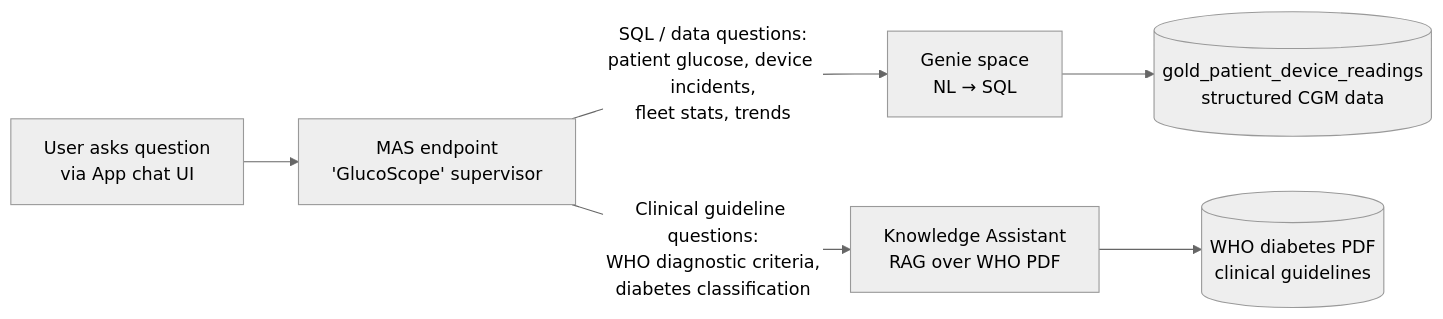
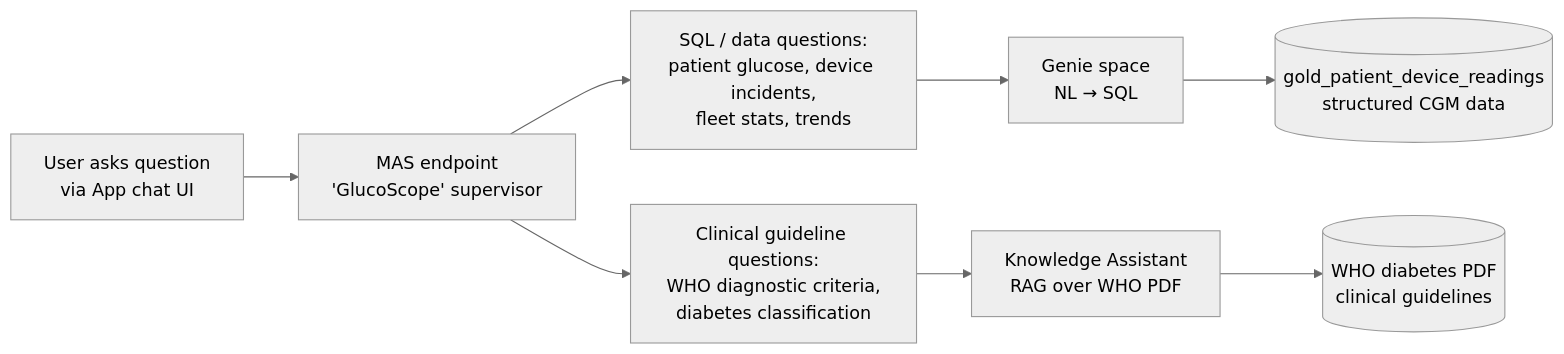
One commit to databricks-industry-solutions/glucosphere changed the diagram in App/README.md. Above: the diagram before and after it, drawn with Mermaid.

Commit message:
docs(App/README): convert MAS routing-condition edge labels to nodes
Mermaid edge labels with floating text were hard to read against the
neutral-theme background. Restructured the routing-condition text into
intermediate nodes (R1 SQL/data questions, R2 Clinical guideline
questions) so they render as bordered boxes in every theme/host.

Diagram now: U → M → R1 → G → DB ; M → R2 → K → PDF.

````diff
--- a/App/README.md
+++ b/App/README.md
@@ -33,16 +33,20 @@
 ```mermaid
 %%{init: {'theme': 'neutral'}}%%
 flowchart LR
     U[User asks question<br/>via App chat UI]
     M[MAS endpoint<br/>'GlucoScope' supervisor]
+    R1[SQL / data questions:<br/>patient glucose, device incidents,<br/>fleet stats, trends]
+    R2[Clinical guideline questions:<br/>WHO diagnostic criteria,<br/>diabetes classification]
     G[Genie space<br/>NL → SQL]
     K[Knowledge Assistant<br/>RAG over WHO PDF]
     DB[(gold_patient_device_readings<br/>structured CGM data)]
     PDF[(WHO diabetes PDF<br/>clinical guidelines)]
 
     U --> M
-    M -- "SQL / data questions:<br/>patient glucose, device incidents,<br/>fleet stats, trends" --> G
-    M -- "Clinical guideline questions:<br/>WHO diagnostic criteria,<br/>diabetes classification" --> K
+    M --> R1
+    M --> R2
+    R1 --> G
+    R2 --> K
     G --> DB
     K --> PDF
 ```
````
